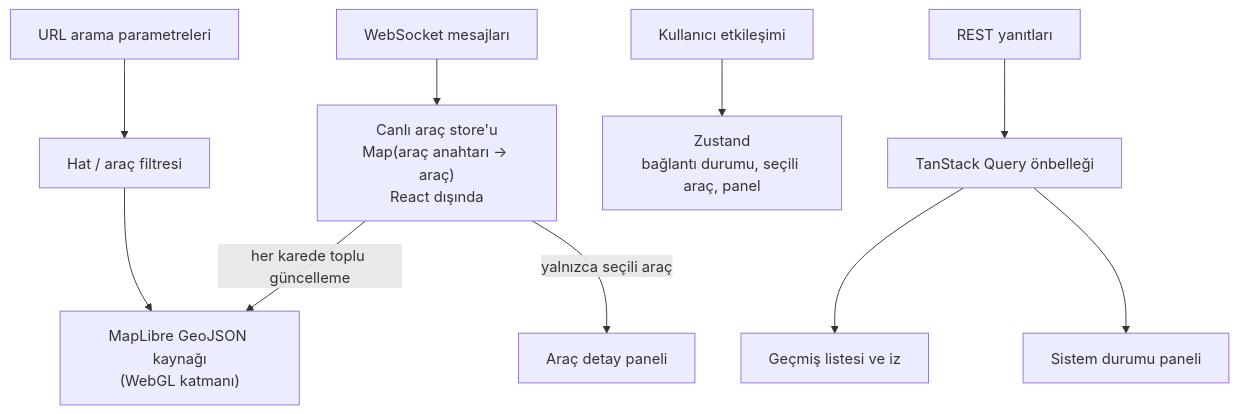
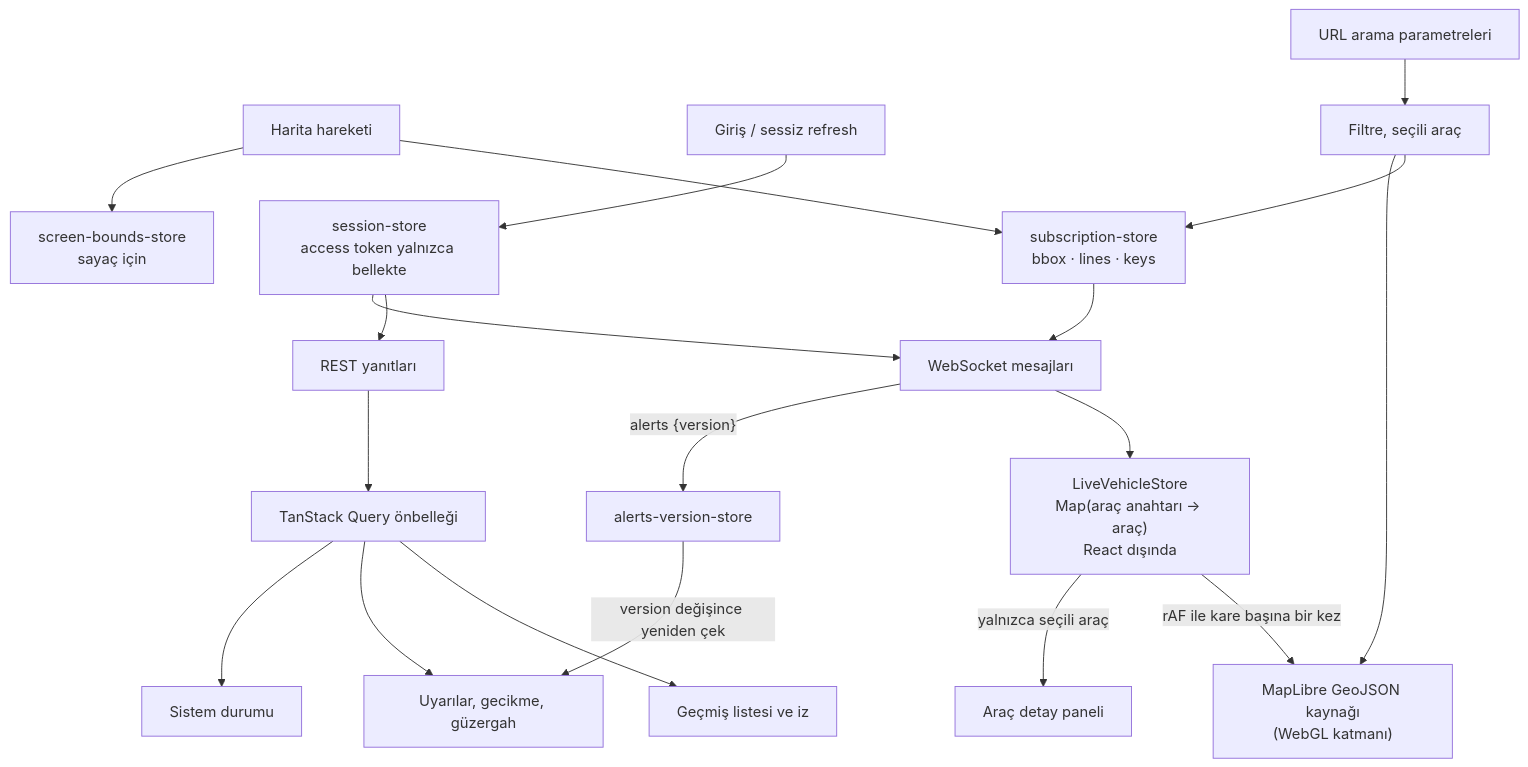
The tenth of 10 diagrams in docs/architecture.md (blisahn/piton-live-vehicle-tracking), drawn with Mermaid before and after one commit. The commit also changed other lines of this file and 1 other file, not shown here.

First line of the commit message:
docs: bring the architecture flows up to date

````diff
--- a/docs/architecture.md
+++ b/docs/architecture.md
@@ -221,14 +347,25 @@
 ```mermaid
 flowchart TB
-    WS["WebSocket mesajları"] --> LiveStore["Canlı araç store'u<br/>Map(araç anahtarı → araç)<br/>React dışında"]
-    LiveStore -->|"her karede toplu güncelleme"| MapLayer["MapLibre GeoJSON kaynağı<br/>(WebGL katmanı)"]
+    WS["WebSocket mesajları"] --> LiveStore["LiveVehicleStore<br/>Map(araç anahtarı → araç)<br/>React dışında"]
+    WS -->|"alerts {version}"| AlertsVersion["alerts-version-store"]
+    LiveStore -->|"rAF ile kare başına bir kez"| MapLayer["MapLibre GeoJSON kaynağı<br/>(WebGL katmanı)"]
     LiveStore -->|"yalnızca seçili araç"| Panel["Araç detay paneli"]
 
     REST["REST yanıtları"] --> TQ["TanStack Query önbelleği"]
     TQ --> History["Geçmiş listesi ve iz"]
-    TQ --> Status["Sistem durumu paneli"]
+    TQ --> Alerts["Uyarılar, gecikme, güzergah"]
+    TQ --> Status["Sistem durumu"]
+    AlertsVersion -->|"version değişince yeniden çek"| Alerts
 
-    UI["Kullanıcı etkileşimi"] --> Zustand["Zustand<br/>bağlantı durumu, seçili araç, panel"]
-    URL["URL arama parametreleri"] --> Filter["Hat / araç filtresi"]
+    MapMove["Harita hareketi"] --> Sub["subscription-store<br/>bbox · lines · keys"]
+    MapMove --> Screen["screen-bounds-store<br/>sayaç için"]
+    Sub --> WS
+
+    Login["Giriş / sessiz refresh"] --> Sess["session-store<br/>access token yalnızca bellekte"]
+    Sess --> REST
+    Sess --> WS
+
+    URL["URL arama parametreleri"] --> Filter["Filtre, seçili araç"]
+    Filter --> Sub
     Filter --> MapLayer
 ```
````
